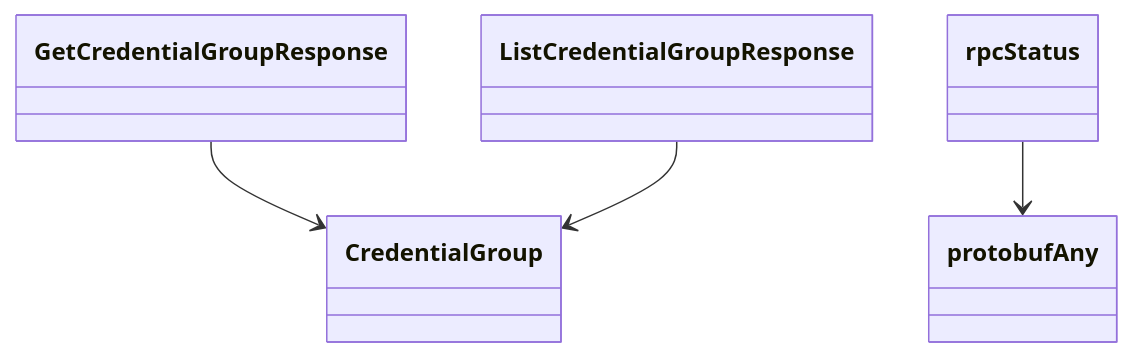
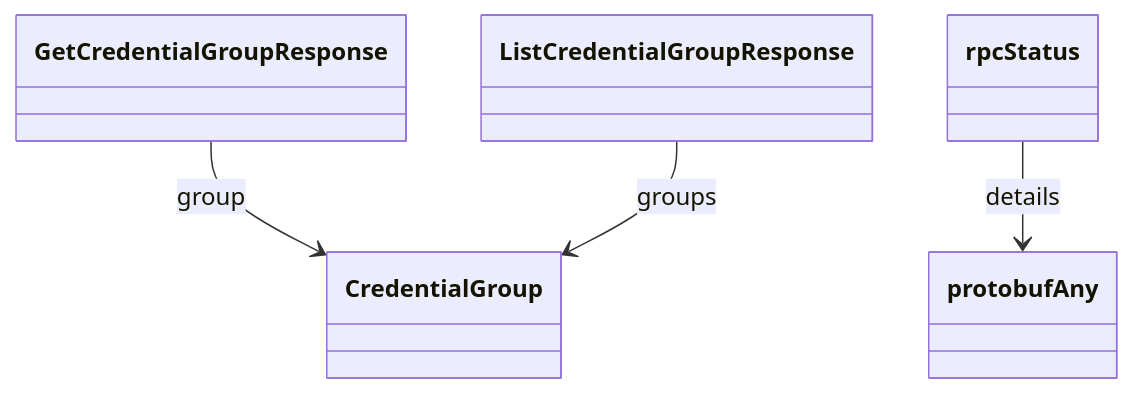
Before and after one commit to alexdearaujo/community_sdk_python: the sixth of 6 diagrams in docs/sphinx/services/credential.md, drawn with Mermaid. The commit also changed other lines of this file and 129 other files, not shown here.

````diff
--- a/docs/sphinx/services/credential.md
+++ b/docs/sphinx/services/credential.md
@@ -177,11 +198,11 @@
 ```mermaid
 classDiagram
     class CredentialGroup
     class GetCredentialGroupResponse
     class ListCredentialGroupResponse
     class protobufAny
     class rpcStatus
-    GetCredentialGroupResponse --> CredentialGroup
-    ListCredentialGroupResponse --> CredentialGroup
-    rpcStatus --> protobufAny
+    GetCredentialGroupResponse --> CredentialGroup : group
+    ListCredentialGroupResponse --> CredentialGroup : groups
+    rpcStatus --> protobufAny : details
 ```
````
